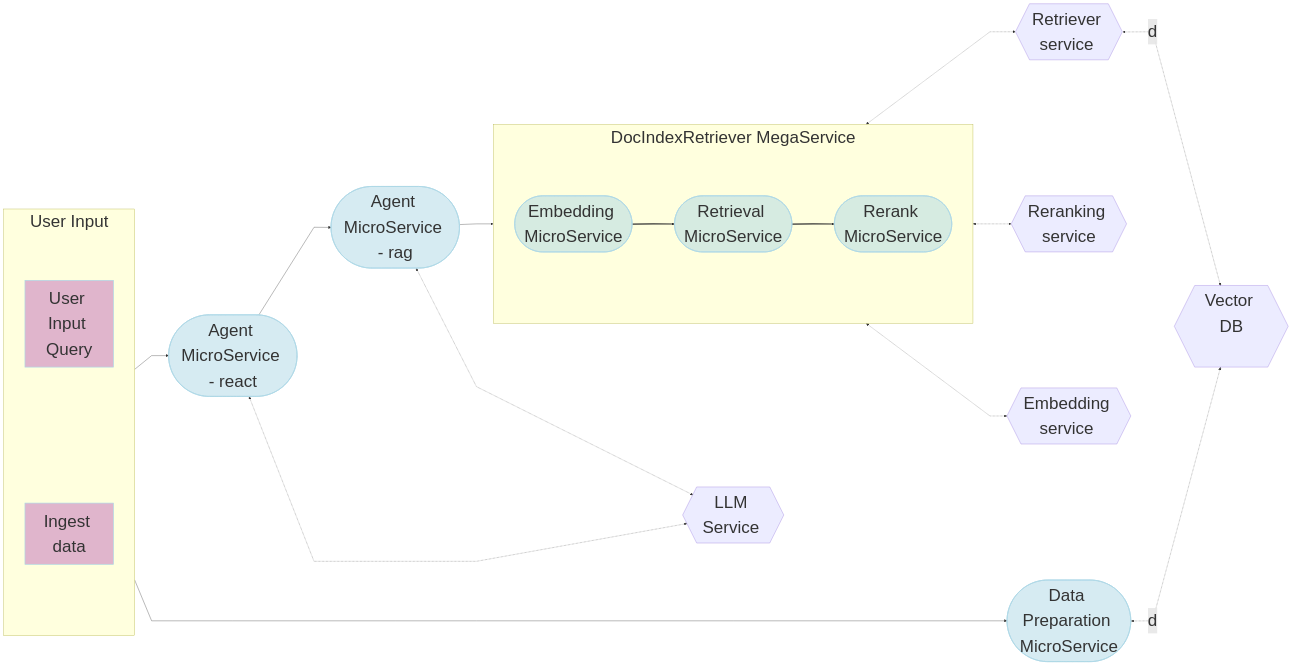
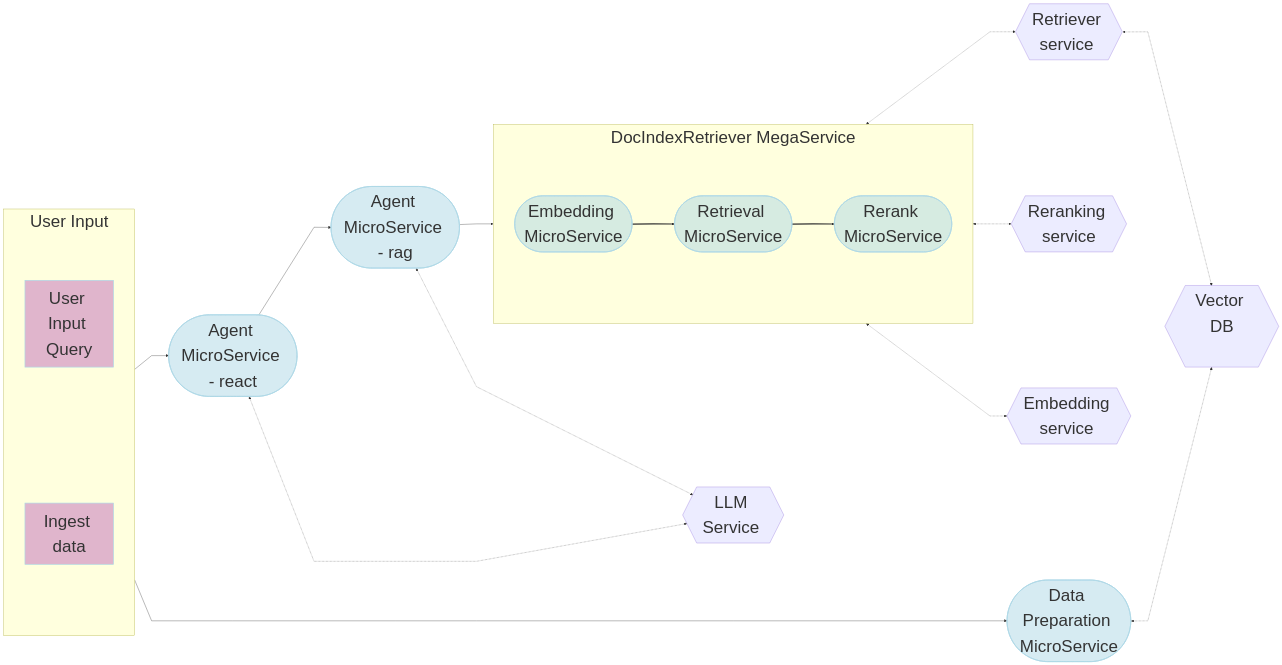
Before and after one commit to opea-project/GenAIExamples: the diagram in AgentQnA/README.md, drawn with Mermaid.

Commit message:
Update README.md for feedback

````diff
--- a/AgentQnA/README.md
+++ b/AgentQnA/README.md
@@ -10,64 +10,64 @@
 ```mermaid
 ---
 config:
   flowchart:
     nodeSpacing: 400
     rankSpacing: 100
     curve: linear
   themeVariables:
     fontSize: 50px
 ---
 flowchart LR
     %% Colors %%
     classDef blue fill:#ADD8E6,stroke:#ADD8E6,stroke-width:2px,fill-opacity:0.5
     classDef orange fill:#FBAA60,stroke:#ADD8E6,stroke-width:2px,fill-opacity:0.5
     classDef orchid fill:#C26DBC,stroke:#ADD8E6,stroke-width:2px,fill-opacity:0.5
     classDef invisible fill:transparent,stroke:transparent;
 
     %% Subgraphs %%
     subgraph DocIndexRetriever-MegaService["DocIndexRetriever MegaService "]
         direction LR
         EM([Embedding MicroService]):::blue
         RET([Retrieval MicroService]):::blue
         RER([Rerank MicroService]):::blue
     end
     subgraph UserInput[" User Input "]
         direction LR
         a([User Input Query]):::orchid
         Ingest([Ingest data]):::orchid
     end
     AG_REACT([Agent MicroService - react]):::blue
     AG_RAG([Agent MicroService - rag]):::blue
     LLM_gen{{LLM Service <br>}}
     DP([Data Preparation MicroService]):::blue
     TEI_RER{{Reranking service<br>}}
     TEI_EM{{Embedding service <br>}}
     VDB{{Vector DB<br><br>}}
     R_RET{{Retriever service <br>}}
 
 
 
     %% Questions interaction
     direction LR
     a[User Input Query] --> AG_REACT
     AG_REACT --> AG_RAG
     AG_RAG --> DocIndexRetriever-MegaService
     EM ==> RET
     RET ==> RER
     Ingest[Ingest data] --> DP
 
     %% Embedding service flow
     direction LR
     AG_RAG <-.-> LLM_gen
     AG_REACT <-.-> LLM_gen
     EM <-.-> TEI_EM
     RET <-.-> R_RET
     RER <-.-> TEI_RER
 
     direction TB
     %% Vector DB interaction
-    R_RET <-.->|d|VDB
-    DP <-.->|d|VDB
+    R_RET <-.-> VDB
+    DP <-.-> VDB
 
 
 ```
````
